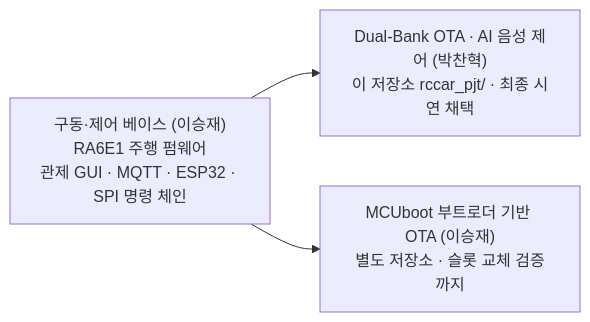
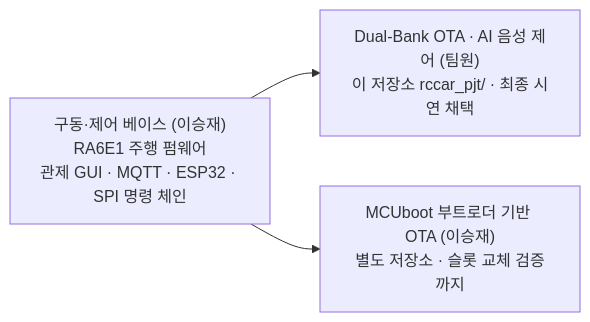
One commit to SJLee-83/rccar_ota_project changed the first of 2 diagrams in README.md. Above: the diagram before and after it, drawn with Mermaid. The commit also changed other lines of this file and 1 other file, not shown here.

````diff
--- a/README.md
+++ b/README.md
@@ -14,9 +14,9 @@
 ```mermaid
 flowchart LR
     BASE["구동·제어 베이스 (이승재)<br/>RA6E1 주행 펌웨어<br/>관제 GUI · MQTT · ESP32 · SPI 명령 체인"]
-    A["Dual-Bank OTA · AI 음성 제어 (박찬혁)<br/>이 저장소 rccar_pjt/ · 최종 시연 채택"]
+    A["Dual-Bank OTA · AI 음성 제어 (팀원)<br/>이 저장소 rccar_pjt/ · 최종 시연 채택"]
     B["MCUboot 부트로더 기반 OTA (이승재)<br/>별도 저장소 · 슬롯 교체 검증까지"]
 
     BASE --> A
     BASE --> B
 ```
````
